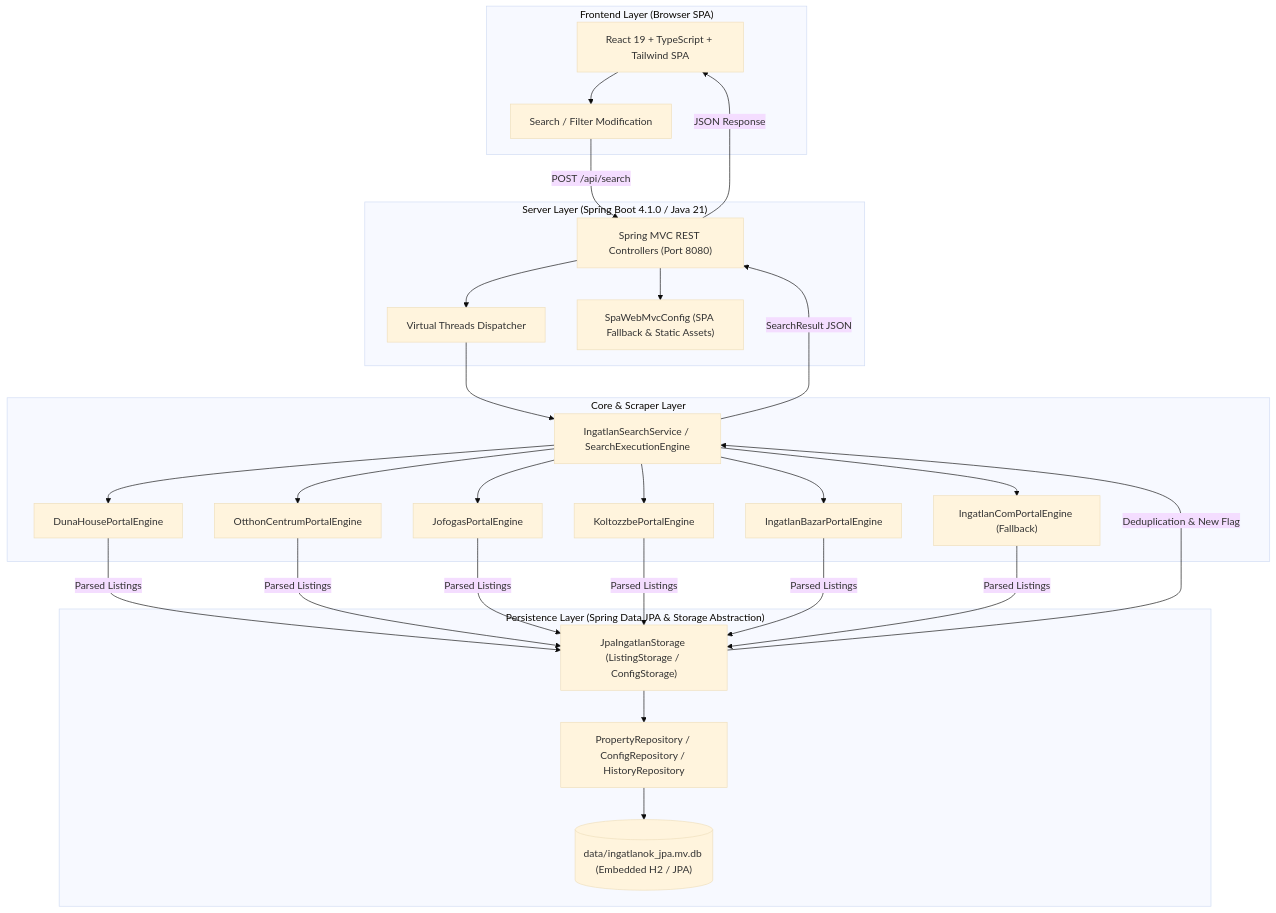
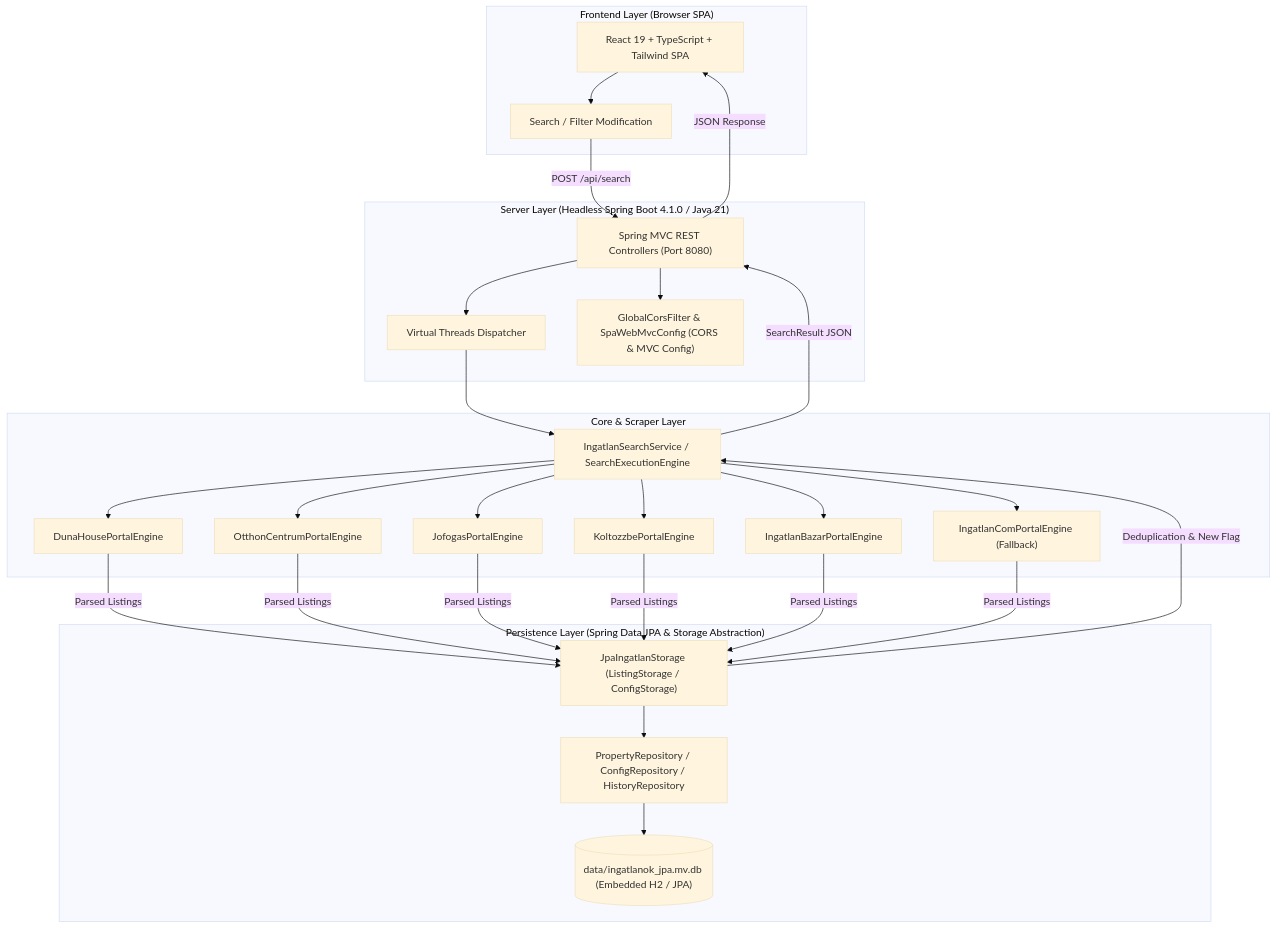
Before and after one commit to Luxeonn/ingatlan-kereso: the diagram in gemini.md, drawn with Mermaid (base theme). The commit also changed other lines of this file and 81 other files, not shown here.

First line of the commit message:
refactor: decouple headless backend REST API and modern React 19 SPA (#171)

````diff
--- a/gemini.md
+++ b/gemini.md
@@ -13,43 +13,43 @@
 ```mermaid
 flowchart TD
     subgraph UI ["Frontend Layer (Browser SPA)"]
         SPA["React 19 + TypeScript + Tailwind SPA"]
         Event["Search / Filter Modification"]
         SPA --> Event
     end
 
-    subgraph Server ["Server Layer (Spring Boot 4.1.0 / Java 21)"]
+    subgraph Server ["Server Layer (Headless Spring Boot 4.1.0 / Java 21)"]
         HTTP["Spring MVC REST Controllers (Port 8080)"]
         VThread["Virtual Threads Dispatcher"]
-        Static["SpaWebMvcConfig (SPA Fallback & Static Assets)"]
+        Cors["GlobalCorsFilter & SpaWebMvcConfig (CORS & MVC Config)"]
         HTTP --> VThread
-        HTTP --> Static
+        HTTP --> Cors
     end
 
     subgraph Service ["Core & Scraper Layer"]
         Orchestrator["IngatlanSearchService / SearchExecutionEngine"]
         P1["DunaHousePortalEngine"]
         P2["OtthonCentrumPortalEngine"]
         P3["JofogasPortalEngine"]
         P4["KoltozzbePortalEngine"]
         P5["IngatlanBazarPortalEngine"]
         P6["IngatlanComPortalEngine (Fallback)"]
         
         Orchestrator --> P1 & P2 & P3 & P4 & P5 & P6
     end
 
     subgraph Persistence ["Persistence Layer (Spring Data JPA & Storage Abstraction)"]
         Storage["JpaIngatlanStorage (ListingStorage / ConfigStorage)"]
         Repo["PropertyRepository / ConfigRepository / HistoryRepository"]
         H2[("data/ingatlanok_jpa.mv.db (Embedded H2 / JPA)")]
         
         Storage --> Repo --> H2
     end
 
     Event -->|POST /api/search| HTTP
     VThread --> Orchestrator
     P1 & P2 & P3 & P4 & P5 & P6 -->|Parsed Listings| Storage
     Storage -->|Deduplication & New Flag| Orchestrator
     Orchestrator -->|SearchResult JSON| HTTP
     HTTP -->|JSON Response| SPA
 ```
````
